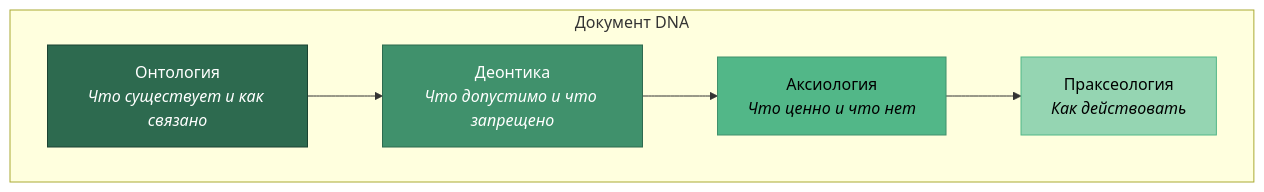
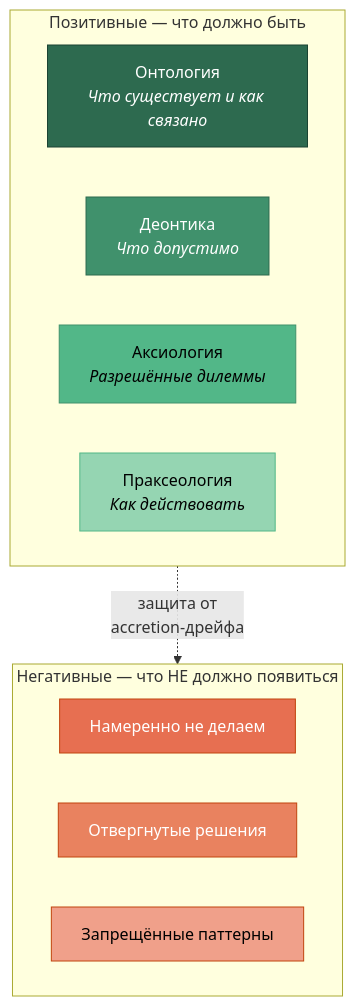
The sixth of 6 diagrams in README.md (SizovOleg/project-dna), drawn with Mermaid before and after one commit. The commit also changed other lines of this file and 9 other files, not shown here.

````diff
--- a/README.md
+++ b/README.md
@@ -241,16 +349,24 @@
 ```mermaid
 graph TB
-    subgraph DNA["Документ DNA"]
+    subgraph POS["Позитивные — что должно быть"]
         ONT["Онтология<br/><i>Что существует и как связано</i>"]
-        DEO["Деонтика<br/><i>Что допустимо и что запрещено</i>"]
-        AXI["Аксиология<br/><i>Что ценно и что нет</i>"]
+        DEO["Деонтика<br/><i>Что допустимо</i>"]
+        AXI["Аксиология<br/><i>Разрешённые дилеммы</i>"]
         PRA["Праксеология<br/><i>Как действовать</i>"]
     end
-    
-    ONT --> DEO --> AXI --> PRA
+    subgraph NEG["Негативные — что НЕ должно появиться"]
+        NDO["Намеренно не делаем"]
+        NRE["Отвергнутые решения"]
+        NPA["Запрещённые паттерны"]
+    end
+
+    POS -.->|"защита от<br/>accretion-дрейфа"| NEG
 
     style ONT fill:#2d6a4f,stroke:#1b4332,color:#fff
     style DEO fill:#40916c,stroke:#2d6a4f,color:#fff
     style AXI fill:#52b788,stroke:#40916c,color:#000
     style PRA fill:#95d5b2,stroke:#52b788,color:#000
+    style NDO fill:#e76f51,stroke:#c1440e,color:#fff
+    style NRE fill:#e9825f,stroke:#c1440e,color:#fff
+    style NPA fill:#f0a08a,stroke:#c1440e,color:#000
 ```
````
